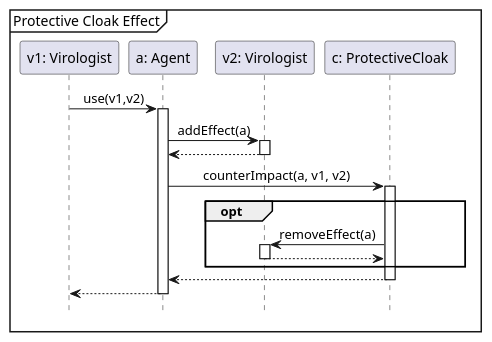
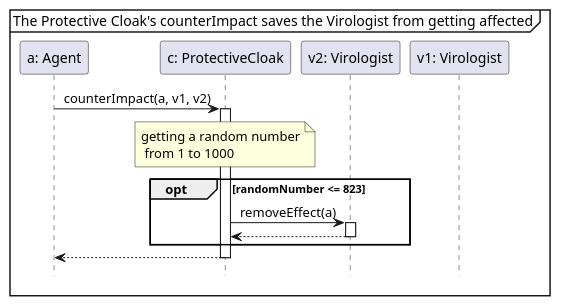
Before and after one commit to Tschonti/503-service-unavailable: the diagram in docs/seqDiagrams/protectiveCloakEffect.puml, drawn with PlantUML. The commit also changed 2 other files, not shown here.

```diff
--- a/docs/seqDiagrams/protectiveCloakEffect.puml
+++ b/docs/seqDiagrams/protectiveCloakEffect.puml
@@ -1,25 +1,19 @@
 @startuml
 'https://plantuml.com/sequence-diagram
 hide footbox
 skinparam sequenceMessageAlign center
-mainframe Protective Cloak Effect
+mainframe The Protective Cloak's counterImpact saves the Virologist from getting affected
 
 participant "a: Agent" as a
 participant "c: ProtectiveCloak" as c
 participant "v2: Virologist" as v2
 participant "v1: Virologist" as v1
-participant "a: Agent" as a
-participant "v2: Virologist" as v2
-participant "c: ProtectiveCloak" as c
 
-v1 -> a ++: use(v1,v2)
-    a -> v2 ++: addEffect(a)
-    return
-    a-> c ++: counterImpact(a, v1, v2)
-        opt
-            c -> v2++: removeEffect(a)
-            return
-        end
-    return
+a -> c ++: counterImpact(a, v1, v2)
+    note over c :getting a random number\n from 1 to 1000
+    opt randomNumber <= 823
+        c -> v2 ++: removeEffect(a)
+        return
+    end
 return
 @enduml
```
